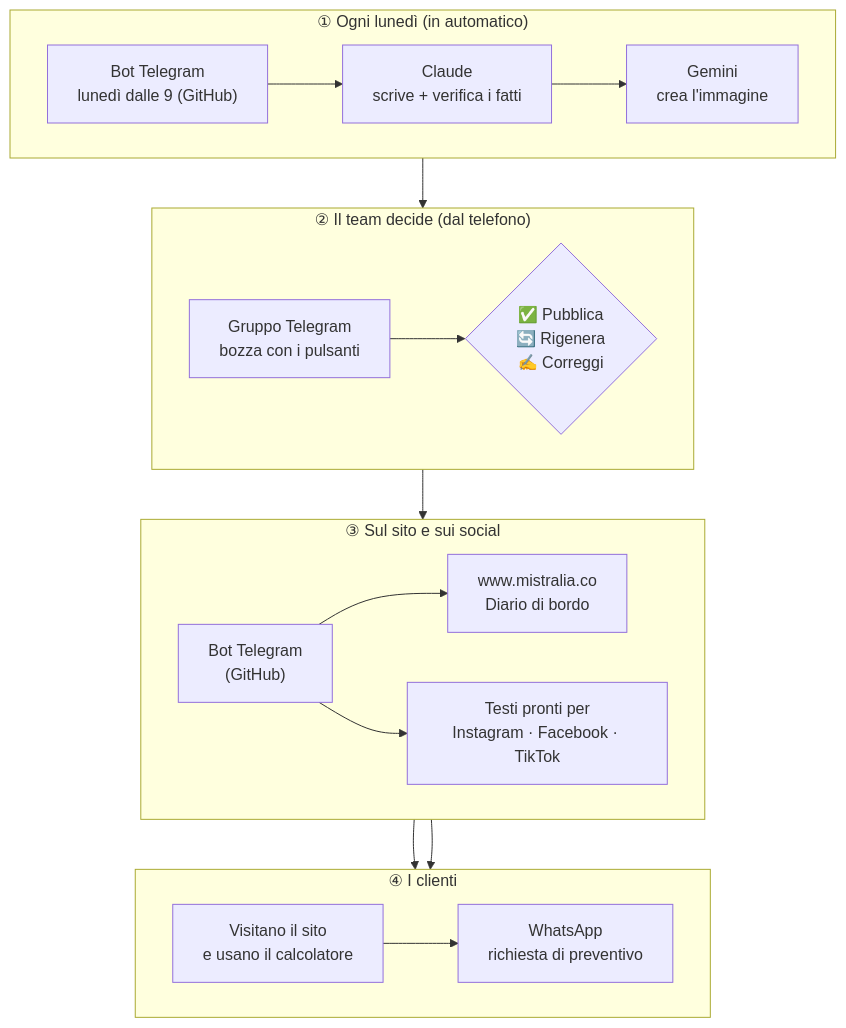
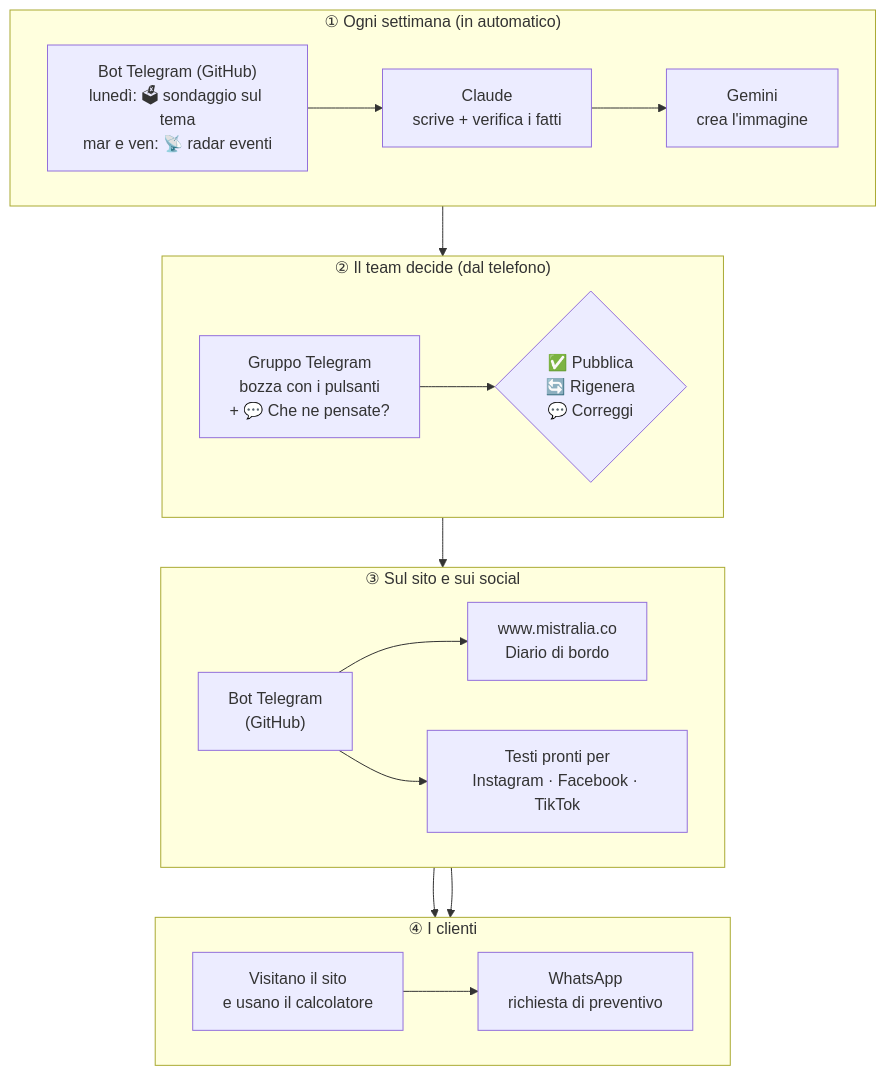
The diagram in docs/README.md (mistraliagianluca/mistraliagianluca.github.io), drawn with Mermaid before and after one commit. The commit also changed other lines of this file and 43 other files, not shown here.

Commit message:
Bot interattivo (radar, sondaggio, 💬), pannello riorganizzato, Diario con tipi e 6 articoli

````diff
--- a/docs/README.md
+++ b/docs/README.md
@@ -32,25 +32,25 @@
 ```mermaid
 flowchart TB
-    subgraph Lun["① Ogni lunedì (in automatico)"]
+    subgraph Lun["① Ogni settimana (in automatico)"]
         direction LR
-        PS["Bot Telegram<br>lunedì dalle 9 (GitHub)"] --> C["Claude<br>scrive + verifica i fatti"]
+        PS["Bot Telegram (GitHub)<br>lunedì: 🗳 sondaggio sul tema<br>mar e ven: 📡 radar eventi"] --> C["Claude<br>scrive + verifica i fatti"]
         C --> G["Gemini<br>crea l'immagine"]
     end
     subgraph Team["② Il team decide (dal telefono)"]
         direction LR
-        TG["Gruppo Telegram<br>bozza con i pulsanti"] --> D{"✅ Pubblica<br>🔄 Rigenera<br>✍️ Correggi"}
+        TG["Gruppo Telegram<br>bozza con i pulsanti<br>+ 💬 Che ne pensate?"] --> D{"✅ Pubblica<br>🔄 Rigenera<br>💬 Correggi"}
     end
     subgraph Web["③ Sul sito e sui social"]
         direction LR
         BOT["Bot Telegram<br>(GitHub)"] --> SITO["www.mistralia.co<br>Diario di bordo"]
         BOT --> SOC["Testi pronti per<br>Instagram · Facebook · TikTok"]
     end
     subgraph Clienti["④ I clienti"]
         direction LR
         CL["Visitano il sito<br>e usano il calcolatore"] --> WA["WhatsApp<br>richiesta di preventivo"]
     end
     G --> TG
     D --> BOT
     SITO --> CL
     SOC --> CL
 ```
````
